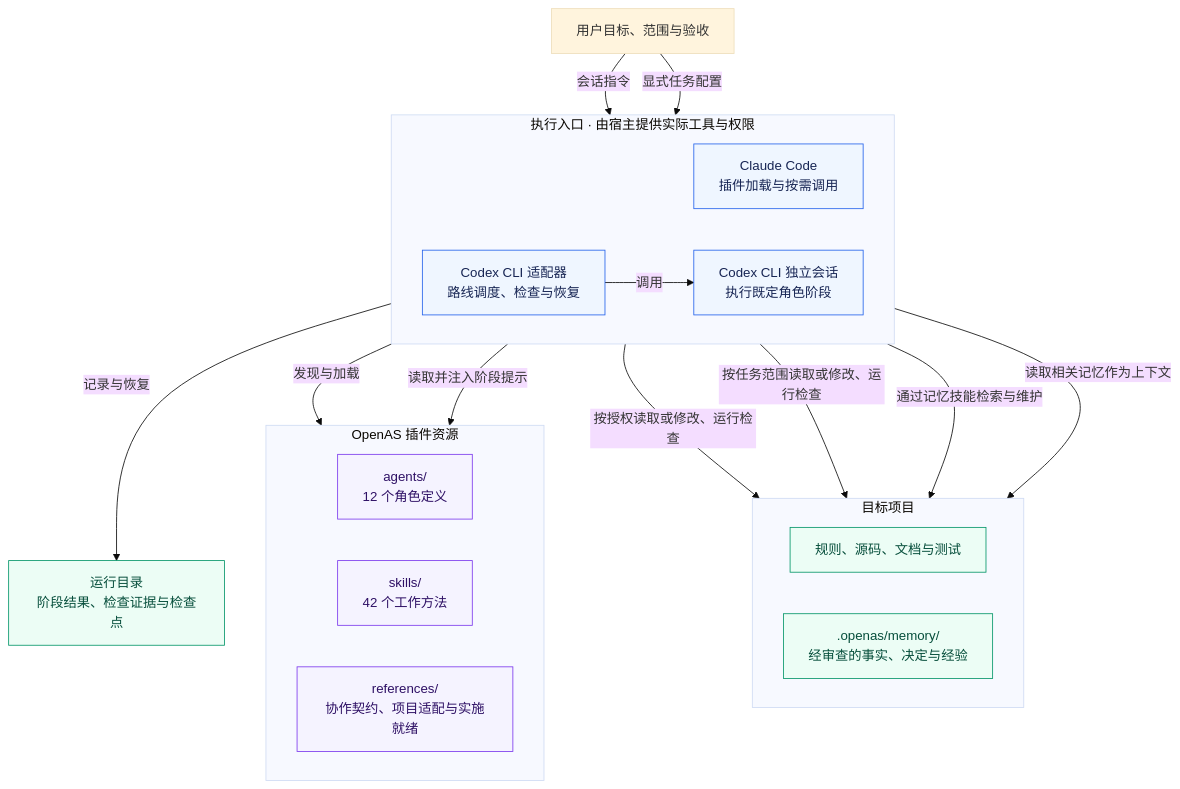
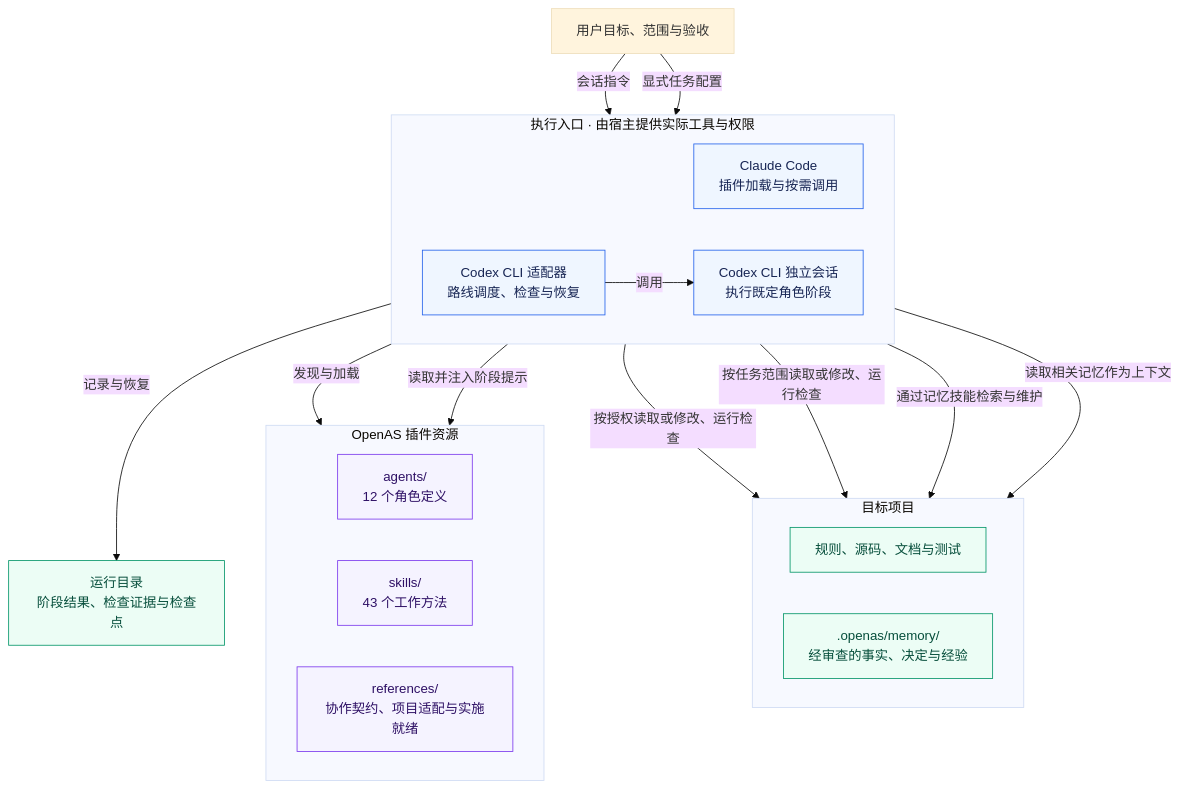
Before and after one commit to xiangguangxin/OpenAS: the first of 2 diagrams in README.md, drawn with Mermaid (base theme). The commit also changed other lines of this file and 8 other files, not shown here.

````diff
--- a/README.md
+++ b/README.md
@@ -120,44 +121,44 @@
 ```mermaid
 flowchart TB
     user["用户目标、范围与验收"]
 
     subgraph entry["执行入口 · 由宿主提供实际工具与权限"]
         direction LR
         claude["Claude Code<br/>插件加载与按需调用"]
         adapter["Codex CLI 适配器<br/>路线调度、检查与恢复"]
         sessions["Codex CLI 独立会话<br/>执行既定角色阶段"]
         adapter -->|调用| sessions
     end
 
     subgraph bundle["OpenAS 插件资源"]
         direction LR
         agents["agents/<br/>12 个角色定义"]
-        skills["skills/<br/>42 个工作方法"]
+        skills["skills/<br/>43 个工作方法"]
         contracts["references/<br/>协作契约、项目适配与实施就绪"]
     end
 
     subgraph target["目标项目"]
         direction LR
         repo["规则、源码、文档与测试"]
         memory[".openas/memory/<br/>经审查的事实、决定与经验"]
     end
 
     evidence["运行目录<br/>阶段结果、检查证据与检查点"]
 
     user -->|会话指令| claude
     user -->|显式任务配置| adapter
     claude -->|发现与加载| bundle
     adapter -->|读取并注入阶段提示| bundle
     claude -->|按授权读取或修改、运行检查| repo
     sessions -->|按任务范围读取或修改、运行检查| repo
     claude -->|通过记忆技能检索与维护| memory
     adapter -->|读取相关记忆作为上下文| memory
     adapter -->|记录与恢复| evidence
 
     classDef entryStyle fill:#eff6ff,stroke:#2563eb,color:#172554
     classDef resourceStyle fill:#f5f3ff,stroke:#7c3aed,color:#2e1065
     classDef dataStyle fill:#ecfdf5,stroke:#059669,color:#064e3b
     class claude,adapter,sessions entryStyle
     class agents,skills,contracts resourceStyle
     class repo,memory,evidence dataStyle
 ```
````
